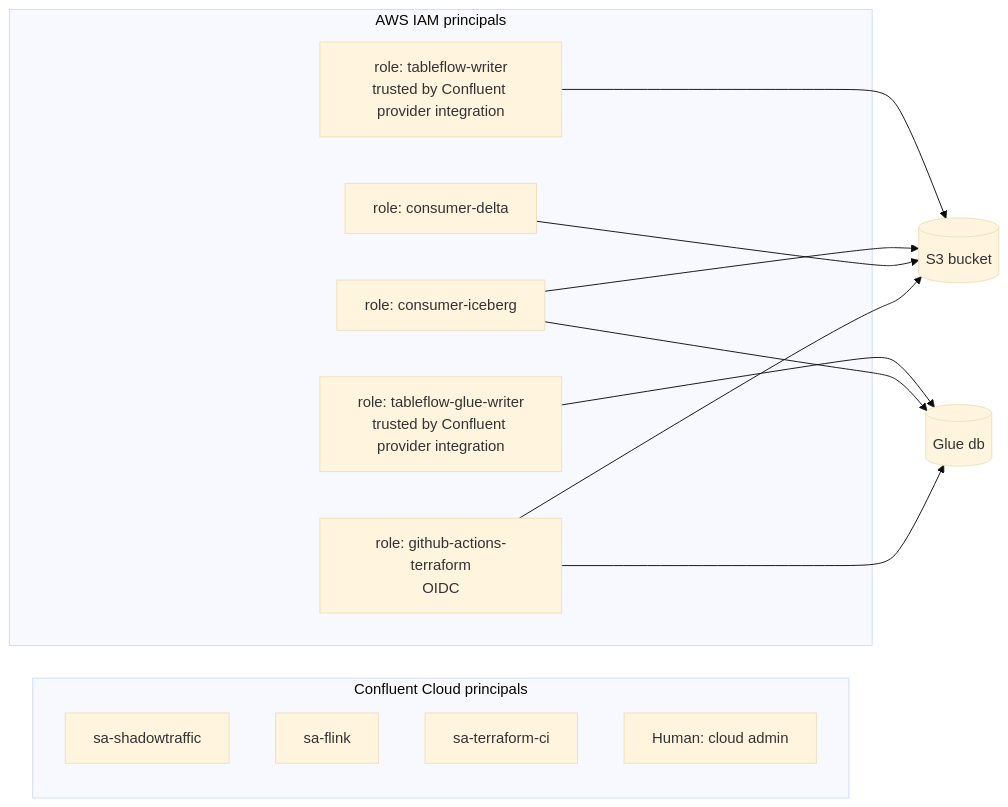
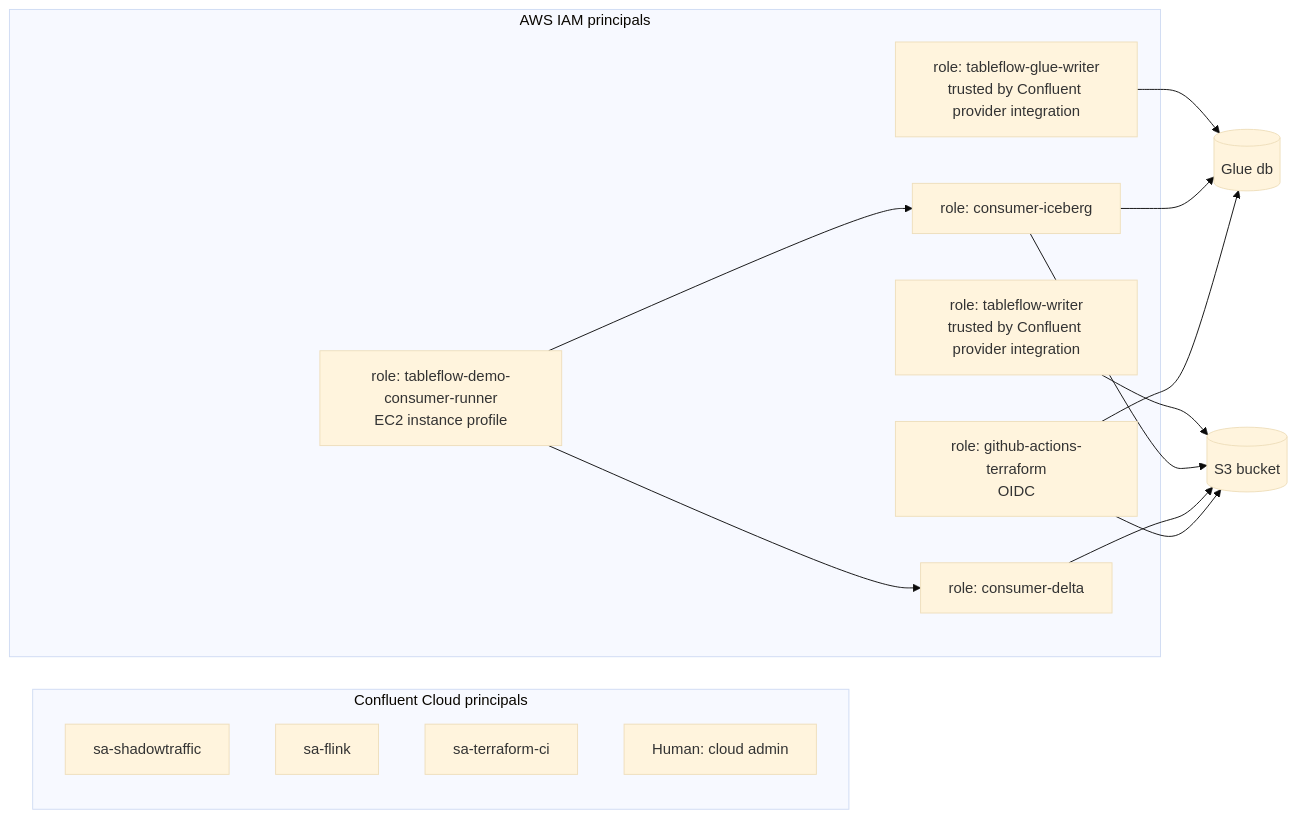
Before and after one commit to gogetjax/tableflow-demo: the diagram in docs/02-security.md, drawn with Mermaid (base theme). The commit also changed other lines of this file and 12 other files, not shown here.

````diff
--- a/docs/02-security.md
+++ b/docs/02-security.md
@@ -12,23 +12,26 @@
 ```mermaid
 flowchart LR
   subgraph confluentprincipals[Confluent Cloud principals]
     SA1[sa-shadowtraffic]
     SA2[sa-flink]
     SA3[sa-terraform-ci]
     U1[Human: cloud admin]
   end
   subgraph awsprincipals[AWS IAM principals]
     R1[role: tableflow-writer<br/>trusted by Confluent provider integration]
     R2[role: tableflow-glue-writer<br/>trusted by Confluent provider integration]
     R3[role: consumer-iceberg]
     R4[role: consumer-delta]
     R5[role: github-actions-terraform<br/>OIDC]
+    R6[role: tableflow-demo-consumer-runner<br/>EC2 instance profile]
   end
+  R6 --> R3
+  R6 --> R4
   R1 --> S3[(S3 bucket)]
   R2 --> G[(Glue db)]
   R3 --> G
   R3 --> S3
   R4 --> S3
   R5 --> S3
   R5 --> G
 ```
````
